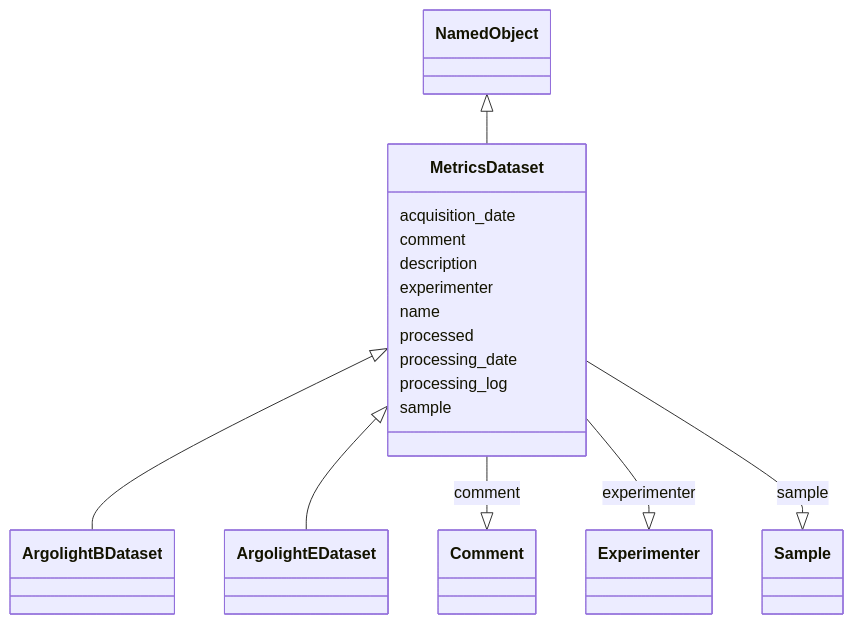
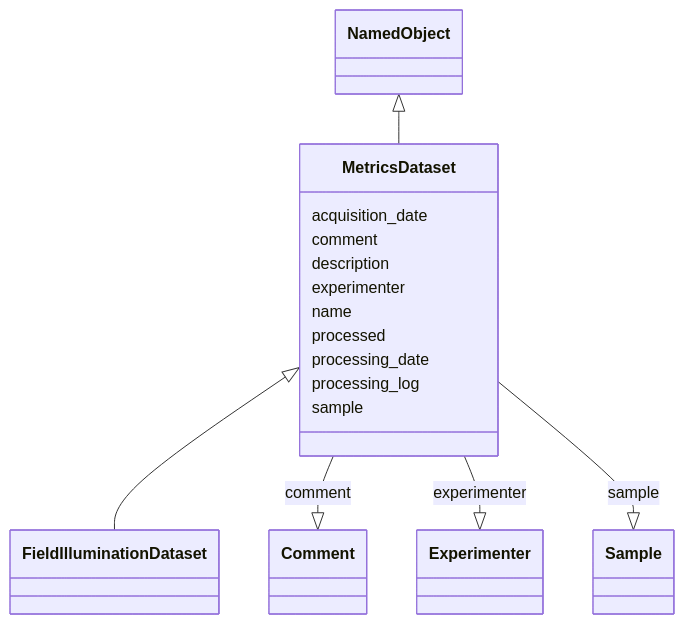
The diagram in docs/schema/samples/MetricsDataset.md (juliomateoslangerak/microscope-metrics), drawn with Mermaid before and after one commit. The commit also changed other lines of this file and 109 other files, not shown here.

Commit message:
Added Rois to Field illumination for the center of mass

````diff
--- a/docs/schema/samples/MetricsDataset.md
+++ b/docs/schema/samples/MetricsDataset.md
@@ -15,36 +15,35 @@
 ```mermaid
  classDiagram
     class MetricsDataset
       NamedObject <|-- MetricsDataset
       
 
-      MetricsDataset <|-- ArgolightBDataset
-      MetricsDataset <|-- ArgolightEDataset
+      MetricsDataset <|-- FieldIlluminationDataset
       
       
       MetricsDataset : acquisition_date
         
       MetricsDataset : comment
         
           MetricsDataset --|> Comment : comment
         
       MetricsDataset : description
         
       MetricsDataset : experimenter
         
           MetricsDataset --|> Experimenter : experimenter
         
       MetricsDataset : name
         
       MetricsDataset : processed
         
       MetricsDataset : processing_date
         
       MetricsDataset : processing_log
         
       MetricsDataset : sample
         
           MetricsDataset --|> Sample : sample
         
       
 ```
````
